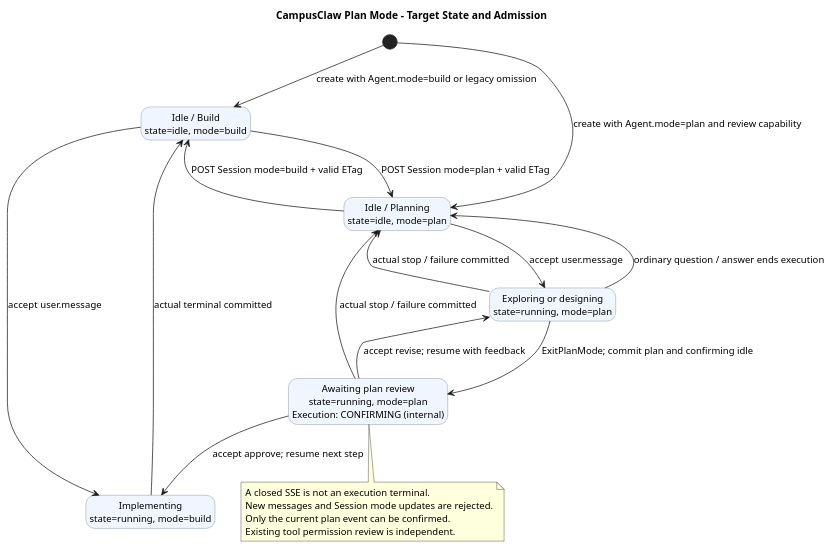
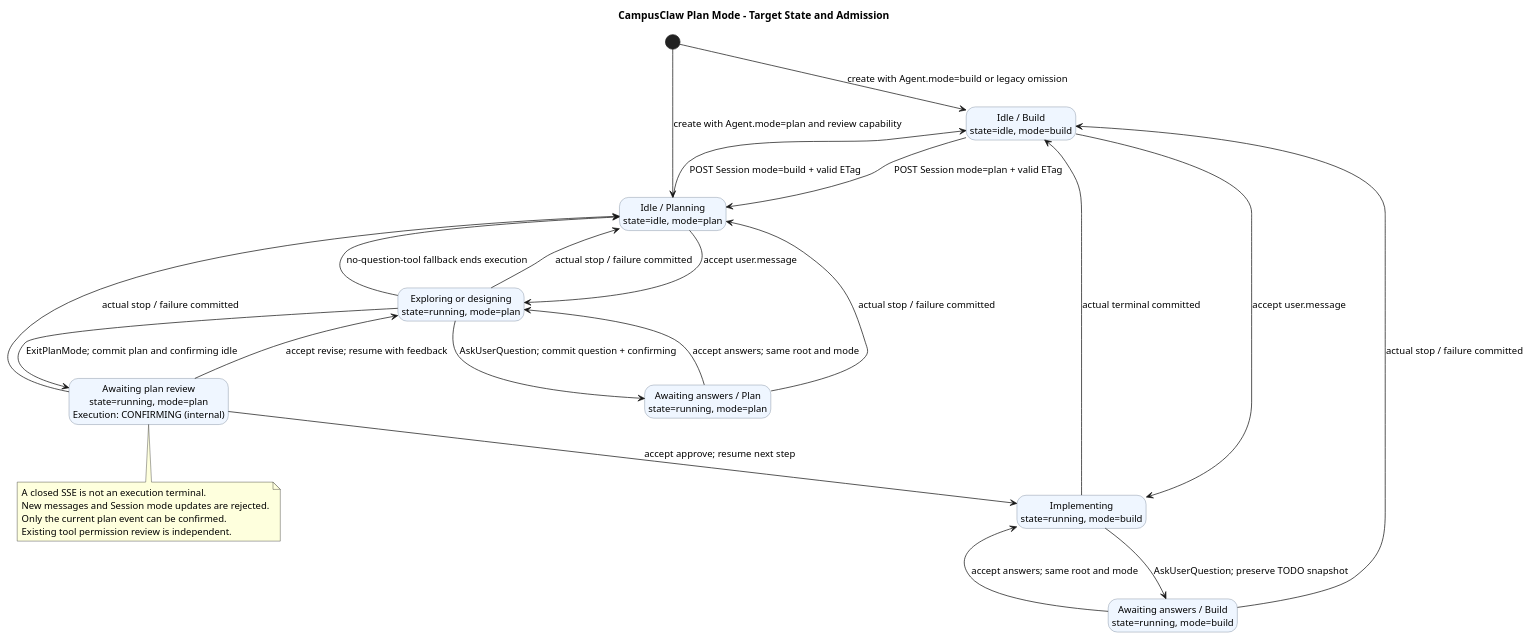
The third of 6 diagrams in 01-总体架构/06-CampusClaw计划模式/diagram.puml (ssm0808/pi-mono-java-design), drawn with PlantUML before and after one commit. The commit also changed other lines of this file and 33 other files, not shown here.

Commit message:
docs(plan): 增加 AskUserQuestion 与原执行问答续跑设计

```diff
--- a/01-总体架构/06-CampusClaw计划模式/diagram.puml
+++ b/01-总体架构/06-CampusClaw计划模式/diagram.puml
@@ -341,44 +375,52 @@
 @startuml plan_mode_state
 ' Source baseline: pi-mono-java 09b32d8ea4a4b43b34be302d8b2745bdc417c9a2.
 ' Source: modules/coding-agent-cli/src/main/java/com/campusclaw/codingagent/runtimeapi/session/RuntimeSessionState.java :: IDLE, RUNNING.
 ' Source: modules/coding-agent-cli/src/main/java/com/campusclaw/codingagent/runtimeapi/event/RuntimeExecutionCoordinator.java :: timeout, commitAndRelease.
 ' Source: frontend/src/runtime/eventStore.ts :: executionState; the plan projection is target-only.
 ' Observed behavior: confirming closes HTTP output without releasing Session admission.
 ' Design reason: review stays in execution state; clients recover from events, without a Session pointer.
 ' Java divergence: manual mode switching is idle-only; approval exits within the original execution.
 title CampusClaw Plan Mode - Target State and Admission
 skinparam backgroundColor #FFFFFF
 skinparam defaultFontName SansSerif
 skinparam defaultFontSize 13
 skinparam shadowing false
 skinparam stateBackgroundColor #EFF6FF
 skinparam stateBorderColor #64748B
 hide empty description
 
 state "Idle / Build\nstate=idle, mode=build" as Normal
 state "Idle / Planning\nstate=idle, mode=plan" as PlanIdle
 state "Exploring or designing\nstate=running, mode=plan" as Planning
 state "Awaiting plan review\nstate=running, mode=plan\nExecution: CONFIRMING (internal)" as Reviewing
 state "Implementing\nstate=running, mode=build" as Implementing
+state "Awaiting answers / Plan\nstate=running, mode=plan" as AskingPlan
+state "Awaiting answers / Build\nstate=running, mode=build" as AskingBuild
 
 [*] --> Normal : create with Agent.mode=build or legacy omission
 [*] --> PlanIdle : create with Agent.mode=plan and review capability
 Normal --> PlanIdle : POST Session mode=plan + valid ETag
 PlanIdle --> Normal : POST Session mode=build + valid ETag
 PlanIdle --> Planning : accept user.message
-Planning --> PlanIdle : ordinary question / answer ends execution
+Planning --> AskingPlan : AskUserQuestion; commit question + confirming
+AskingPlan --> Planning : accept answers; same root and mode
+Implementing --> AskingBuild : AskUserQuestion; preserve TODO snapshot
+AskingBuild --> Implementing : accept answers; same root and mode
+AskingPlan --> PlanIdle : actual stop / failure committed
+AskingBuild --> Normal : actual stop / failure committed
+Planning --> PlanIdle : no-question-tool fallback ends execution
 Planning --> Reviewing : ExitPlanMode; commit plan and confirming idle
 Reviewing --> Planning : accept revise; resume with feedback
 Reviewing --> Implementing : accept approve; resume next step
 Normal --> Implementing : accept user.message
 Implementing --> Normal : actual terminal committed
 Planning --> PlanIdle : actual stop / failure committed
 Reviewing --> PlanIdle : actual stop / failure committed
 
 note bottom of Reviewing
   A closed SSE is not an execution terminal.
   New messages and Session mode updates are rejected.
   Only the current plan event can be confirmed.
   Existing tool permission review is independent.
 end note
 @enduml
```
